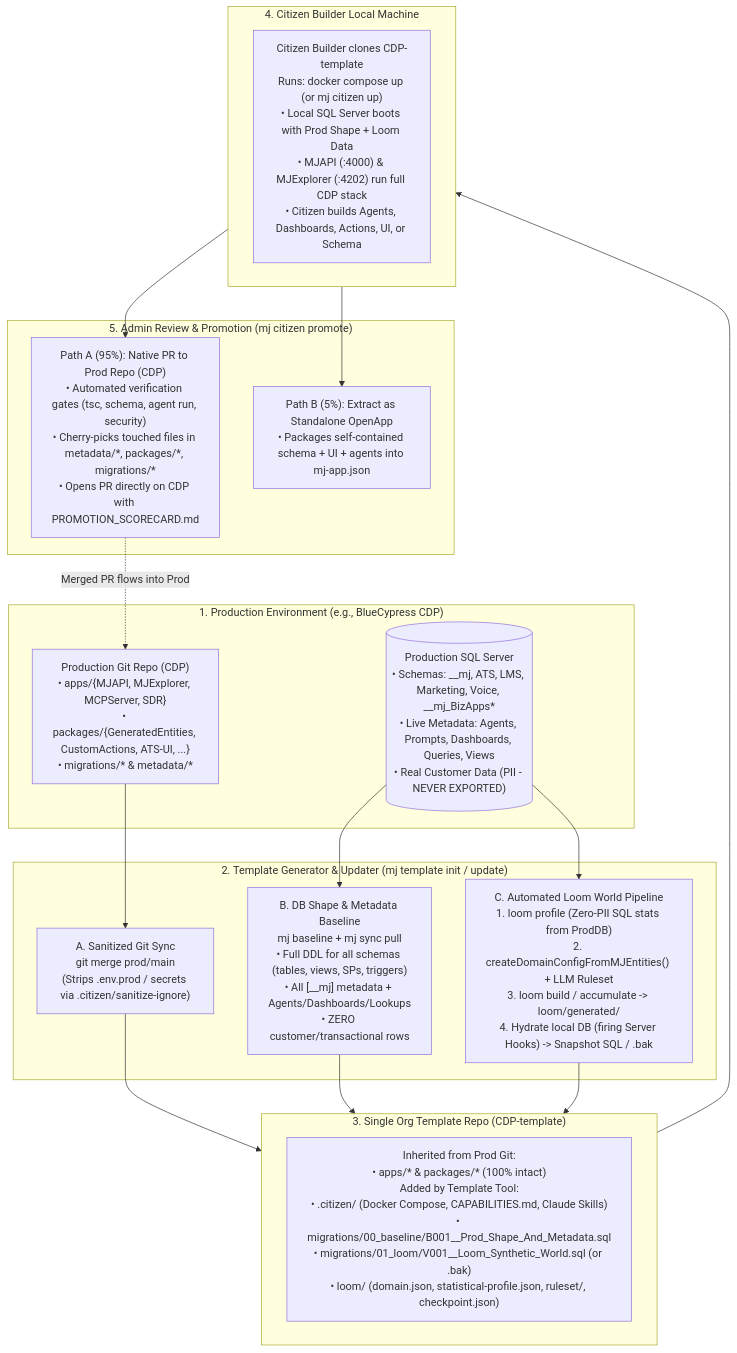
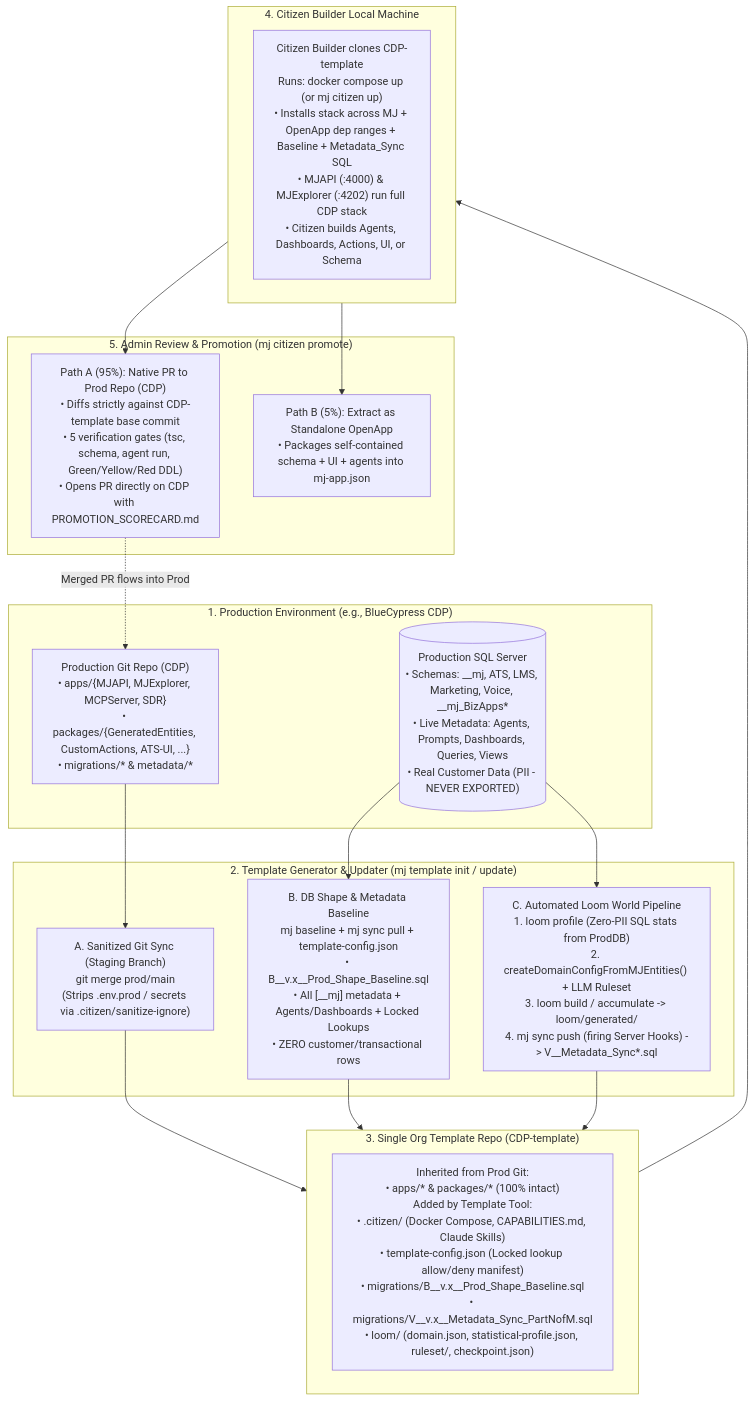
Before and after one commit to MemberJunction/MJ: the first of 3 diagrams in plans/org-template-and-citizen-builder-v2.md, drawn with Mermaid. The commit also changed other lines of this file, not shown here.

Commit message:
docs(plan): incorporate review feedback and lock committed Metadata_Sync SQL strategy

````diff
--- a/plans/org-template-and-citizen-builder-v2.md
+++ b/plans/org-template-and-citizen-builder-v2.md
@@ -36,37 +38,37 @@
 ```mermaid
 flowchart TD
     subgraph Prod["1. Production Environment (e.g., BlueCypress CDP)"]
         ProdGit["Production Git Repo (CDP)\n• apps/{MJAPI, MJExplorer, MCPServer, SDR}\n• packages/{GeneratedEntities, CustomActions, ATS-UI, ...}\n• migrations/* & metadata/*"]
         ProdDB[("Production SQL Server\n• Schemas: __mj, ATS, LMS, Marketing, Voice, __mj_BizApps*\n• Live Metadata: Agents, Prompts, Dashboards, Queries, Views\n• Real Customer Data (PII - NEVER EXPORTED)")]
     end
 
     subgraph SyncTool["2. Template Generator & Updater (mj template init / update)"]
-        GitSync["A. Sanitized Git Sync\ngit merge prod/main\n(Strips .env.prod / secrets via .citizen/sanitize-ignore)"]
-        ShapeExtract["B. DB Shape & Metadata Baseline\nmj baseline + mj sync pull\n• Full DDL for all schemas (tables, views, SPs, triggers)\n• All [__mj] metadata + Agents/Dashboards/Lookups\n• ZERO customer/transactional rows"]
-        LoomPipe["C. Automated Loom World Pipeline\n1. loom profile (Zero-PII SQL stats from ProdDB)\n2. createDomainConfigFromMJEntities() + LLM Ruleset\n3. loom build / accumulate -> loom/generated/\n4. Hydrate local DB (firing Server Hooks) -> Snapshot SQL / .bak"]
+        GitSync["A. Sanitized Git Sync (Staging Branch)\ngit merge prod/main\n(Strips .env.prod / secrets via .citizen/sanitize-ignore)"]
+        ShapeExtract["B. DB Shape & Metadata Baseline\nmj baseline + mj sync pull + template-config.json\n• B<YYYYMMDDHHMM>__v<M.N>.x__Prod_Shape_Baseline.sql\n• All [__mj] metadata + Agents/Dashboards + Locked Lookups\n• ZERO customer/transactional rows"]
+        LoomPipe["C. Automated Loom World Pipeline\n1. loom profile (Zero-PII SQL stats from ProdDB)\n2. createDomainConfigFromMJEntities() + LLM Ruleset\n3. loom build / accumulate -> loom/generated/\n4. mj sync push (firing Server Hooks) -> V<ts>__Metadata_Sync*.sql"]
     end
 
     subgraph TemplateRepo["3. Single Org Template Repo (CDP-template)"]
-        RepoFiles["Inherited from Prod Git:\n• apps/* & packages/* (100% intact)\nAdded by Template Tool:\n• .citizen/ (Docker Compose, CAPABILITIES.md, Claude Skills)\n• migrations/00_baseline/B001__Prod_Shape_And_Metadata.sql\n• migrations/01_loom/V001__Loom_Synthetic_World.sql (or .bak)\n• loom/ (domain.json, statistical-profile.json, ruleset/, checkpoint.json)"]
+        RepoFiles["Inherited from Prod Git:\n• apps/* & packages/* (100% intact)\nAdded by Template Tool:\n• .citizen/ (Docker Compose, CAPABILITIES.md, Claude Skills)\n• template-config.json (Locked lookup allow/deny manifest)\n• migrations/B<YYYYMMDDHHMM>__v<M.N>.x__Prod_Shape_Baseline.sql\n• migrations/V<YYYYMMDDHHMM>__v<M.N>.x__Metadata_Sync_PartNofM.sql\n• loom/ (domain.json, statistical-profile.json, ruleset/, checkpoint.json)"]
     end
 
     subgraph CitizenLocal["4. Citizen Builder Local Machine"]
-        CB["Citizen Builder clones CDP-template\nRuns: docker compose up (or mj citizen up)\n• Local SQL Server boots with Prod Shape + Loom Data\n• MJAPI (:4000) & MJExplorer (:4202) run full CDP stack\n• Citizen builds Agents, Dashboards, Actions, UI, or Schema"]
+        CB["Citizen Builder clones CDP-template\nRuns: docker compose up (or mj citizen up)\n• Installs stack across MJ + OpenApp dep ranges + Baseline + Metadata_Sync SQL\n• MJAPI (:4000) & MJExplorer (:4202) run full CDP stack\n• Citizen builds Agents, Dashboards, Actions, UI, or Schema"]
     end
 
     subgraph Promotion["5. Admin Review & Promotion (mj citizen promote)"]
-        PathA["Path A (95%): Native PR to Prod Repo (CDP)\n• Automated verification gates (tsc, schema, agent run, security)\n• Cherry-picks touched files in metadata/*, packages/*, migrations/*\n• Opens PR directly on CDP with PROMOTION_SCORECARD.md"]
+        PathA["Path A (95%): Native PR to Prod Repo (CDP)\n• Diffs strictly against CDP-template base commit\n• 5 verification gates (tsc, schema, agent run, Green/Yellow/Red DDL)\n• Opens PR directly on CDP with PROMOTION_SCORECARD.md"]
         PathB["Path B (5%): Extract as Standalone OpenApp\n• Packages self-contained schema + UI + agents into mj-app.json"]
     end
 
     ProdGit --> GitSync
     ProdDB --> ShapeExtract
     ProdDB --> LoomPipe
     GitSync --> TemplateRepo
     ShapeExtract --> TemplateRepo
     LoomPipe --> TemplateRepo
     TemplateRepo --> CitizenLocal
     CitizenLocal --> PathA
     CitizenLocal --> PathB
     PathA -. "Merged PR flows into Prod" .-> ProdGit
 ```
````
